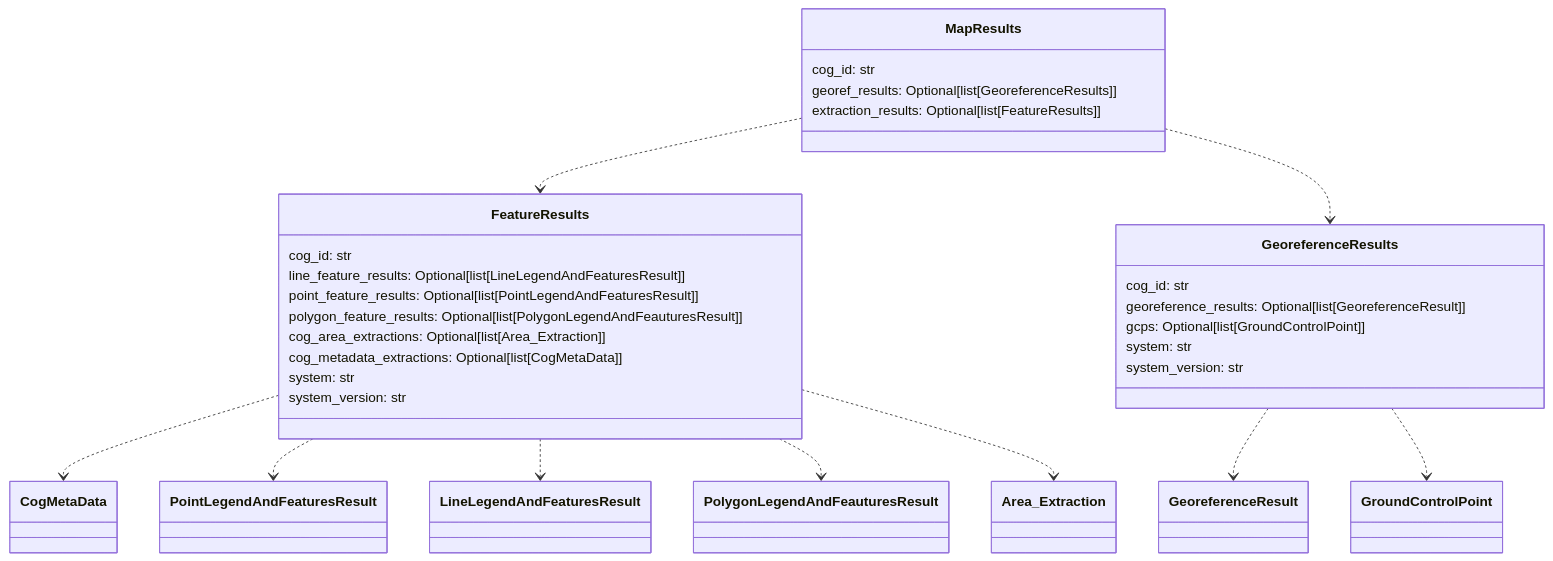
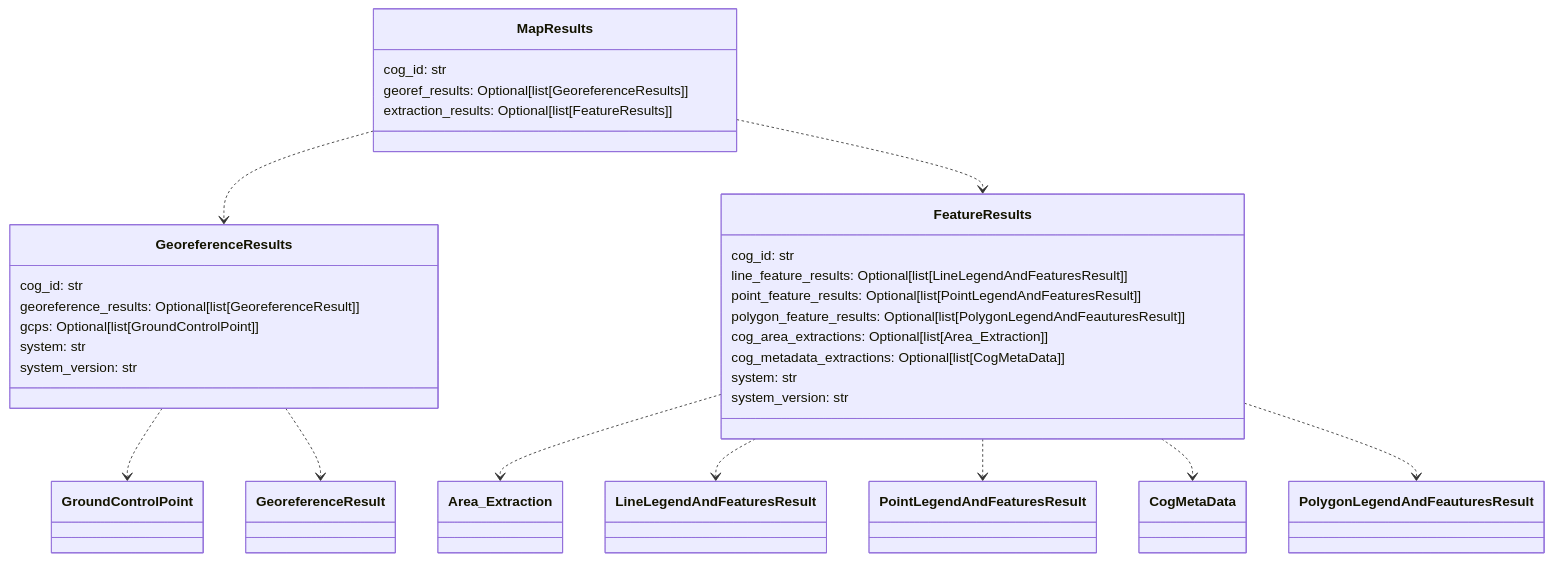
Before and after one commit to DARPA-CRITICALMAAS/cdr_schemas: diagram 11 of 12 in README.md, drawn with Mermaid. The commit also changed other lines of this file and 1 other file, not shown here.

Commit message:
doc metadata + upload schema

````diff
--- a/README.md
+++ b/README.md
@@ -820,40 +848,40 @@
 ```mermaid
 classDiagram
-
-    class MapResults {
-        cog_id: str
-        georef_results: Optional[list[GeoreferenceResults]]
-        extraction_results: Optional[list[FeatureResults]]
-    }
 
     class FeatureResults {
         cog_id: str
         line_feature_results: Optional[list[LineLegendAndFeaturesResult]]
         point_feature_results: Optional[list[PointLegendAndFeaturesResult]]
         polygon_feature_results: Optional[list[PolygonLegendAndFeauturesResult]]
         cog_area_extractions: Optional[list[Area_Extraction]]
         cog_metadata_extractions: Optional[list[CogMetaData]]
         system: str
         system_version: str
     }
 
+    class MapResults {
+        cog_id: str
+        georef_results: Optional[list[GeoreferenceResults]]
+        extraction_results: Optional[list[FeatureResults]]
+    }
+
     class GeoreferenceResults {
         cog_id: str
         georeference_results: Optional[list[GeoreferenceResult]]
         gcps: Optional[list[GroundControlPoint]]
         system: str
         system_version: str
     }
 
+    FeatureResults ..> Area_Extraction
+    FeatureResults ..> LineLegendAndFeaturesResult
+    FeatureResults ..> PointLegendAndFeaturesResult
     FeatureResults ..> CogMetaData
-    FeatureResults ..> PointLegendAndFeaturesResult
-    FeatureResults ..> LineLegendAndFeaturesResult
     FeatureResults ..> PolygonLegendAndFeauturesResult
-    FeatureResults ..> Area_Extraction
+    GeoreferenceResults ..> GroundControlPoint
     GeoreferenceResults ..> GeoreferenceResult
-    GeoreferenceResults ..> GroundControlPoint
+    MapResults ..> GeoreferenceResults
     MapResults ..> FeatureResults
-    MapResults ..> GeoreferenceResults
 
 
 ```
````
